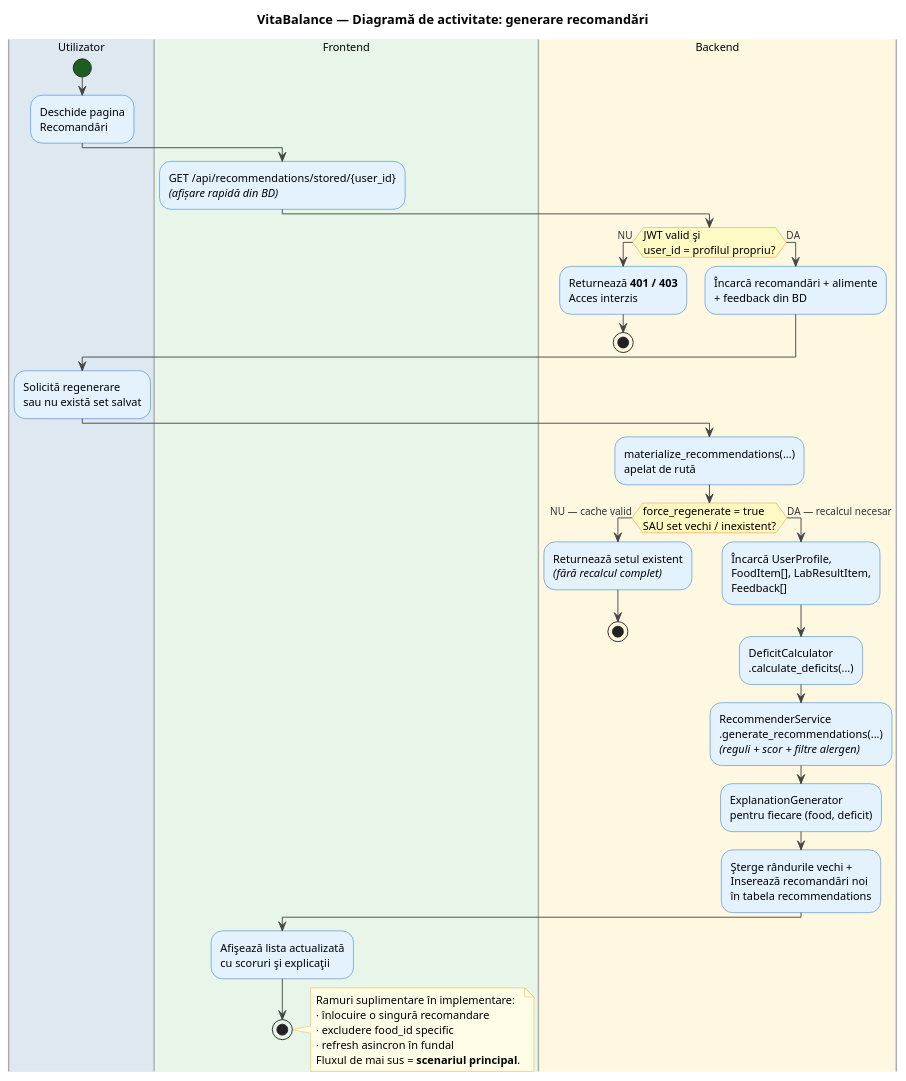
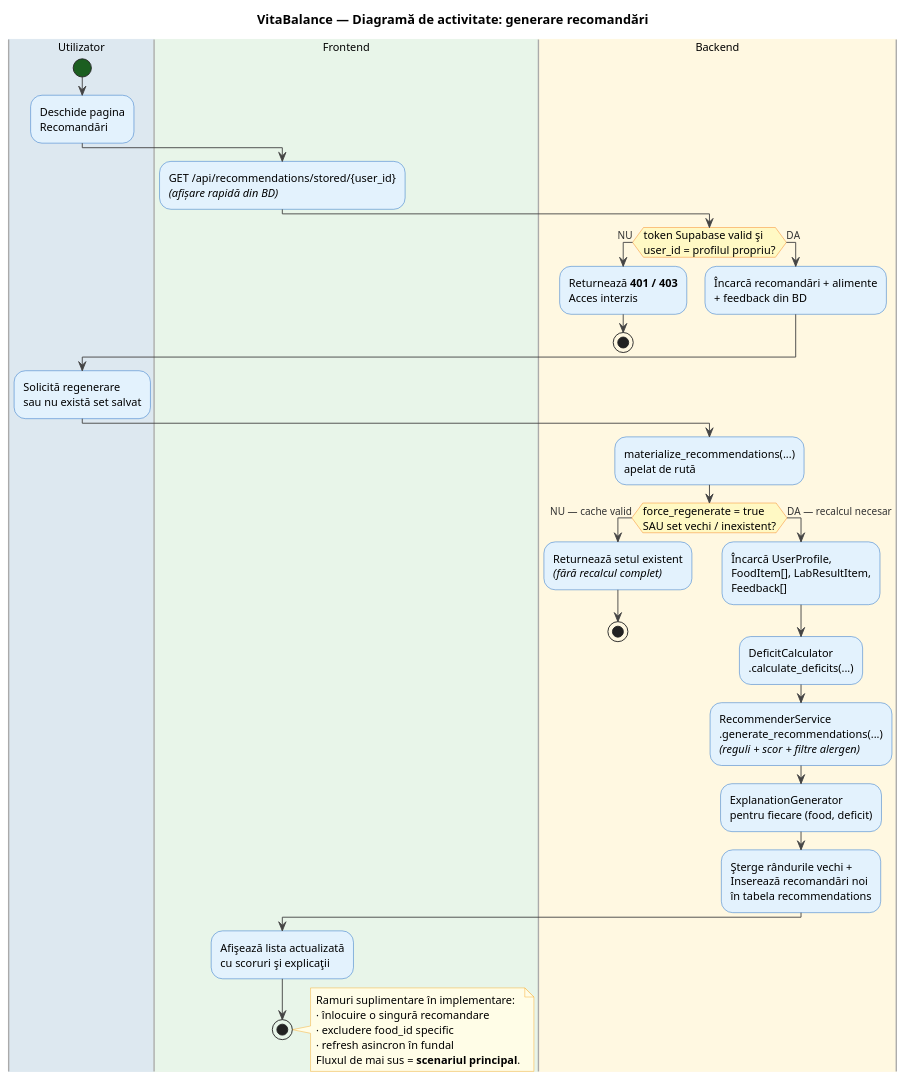
The diagram in docs/diagrams/uml-activity-recommendations.puml (CalinGraphics/VitaBalance), drawn with PlantUML before and after one commit. The commit also changed 25 other files, not shown here.

First line of the commit message:
Move login to Supabase Auth and drop the self-signed JWT

```diff
--- a/docs/diagrams/uml-activity-recommendations.puml
+++ b/docs/diagrams/uml-activity-recommendations.puml
@@ -1,66 +1,66 @@
 @startuml VitaBalance_Activity_UML
 title VitaBalance — Diagramă de activitate: generare recomandări
 
 skinparam shadowing false
 skinparam backgroundColor #FFFFFF
 skinparam defaultFontName "Segoe UI"
 skinparam defaultFontSize 12
 skinparam ActivityBackgroundColor #E3F2FD
 skinparam ActivityBorderColor #1565C0
 skinparam ActivityFontSize 12
 skinparam ActivityDiamondBackgroundColor #FFF9C4
 skinparam ActivityDiamondBorderColor #F57F17
 skinparam ActivityStartColor #1B5E20
 skinparam ActivityEndColor #B71C1C
 skinparam ArrowColor #444444
 skinparam ArrowFontColor #333333
 skinparam ArrowFontSize 11
 skinparam swimlaneBackgroundColor #FAFAFA
 skinparam swimlaneBorderColor #AAAAAA
 skinparam noteBackgroundColor #FFFDE7
 skinparam noteBorderColor #F9A825
 
 |#DDE8F0| Utilizator |
 start
 :Deschide pagina\nRecomandări;
 
 |#E8F5E9| Frontend |
 :GET /api/recommendations/stored/{user_id}\n<i>(afișare rapidă din BD)</i>;
 
 |#FFF8E1| Backend |
-if (JWT valid şi\nuser_id = profilul propriu?) then (NU)
+if (token Supabase valid şi\nuser_id = profilul propriu?) then (NU)
   :Returnează **401 / 403**\nAcces interzis;
   stop
 else (DA)
   :Încarcă recomandări + alimente\n+ feedback din BD;
 endif
 
 |#DDE8F0| Utilizator |
 :Solicită regenerare\nsau nu există set salvat;
 
 |#FFF8E1| Backend |
 :materialize_recommendations(...)\napelat de rută;
 if (force_regenerate = true\nSAU set vechi / inexistent?) then (NU — cache valid)
   :Returnează setul existent\n<i>(fără recalcul complet)</i>;
   stop
 else (DA — recalcul necesar)
   :Încarcă UserProfile,\nFoodItem[], LabResultItem,\nFeedback[];
   :DeficitCalculator\n.calculate_deficits(...);
   :RecommenderService\n.generate_recommendations(...)\n<i>(reguli + scor + filtre alergen)</i>;
   :ExplanationGenerator\npentru fiecare (food, deficit);
   :Şterge rândurile vechi +\nInserează recomandări noi\nîn tabela recommendations;
 endif
 
 |#E8F5E9| Frontend |
 :Afişează lista actualizată\ncu scoruri şi explicaţii;
 stop
 
 note right
   Ramuri suplimentare în implementare:
   · înlocuire o singură recomandare
   · excludere food_id specific
   · refresh asincron în fundal
   Fluxul de mai sus = **scenariul principal**.
 end note
 
 @enduml
```
